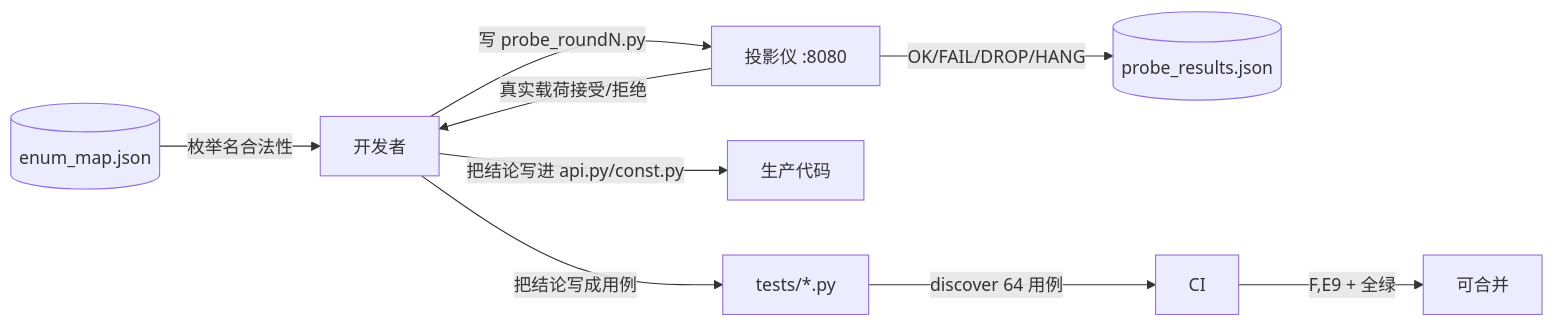
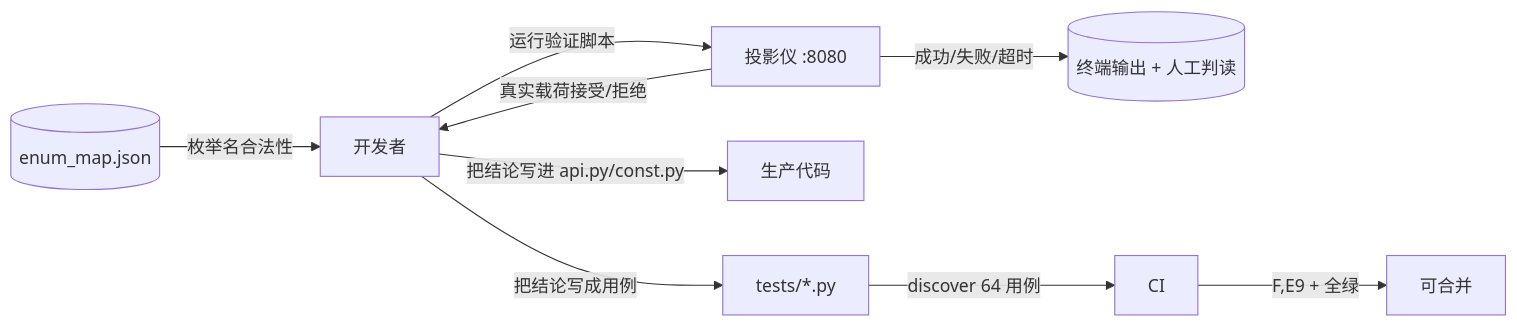
One commit to aixmoyu/ha-epson-ef-projector changed the sixth of 6 diagrams in docs/architecture/subsystems/verification-harness/module_design.md. Above: the diagram before and after it, drawn with Mermaid. The commit also changed other lines of this file and 35 other files, not shown here.

````diff
--- a/docs/architecture/subsystems/verification-harness/module_design.md
+++ b/docs/architecture/subsystems/verification-harness/module_design.md
@@ -242,11 +235,11 @@
 ```mermaid
 flowchart LR
-    DEV["开发者"] -->|"写 probe_roundN.py"| HW["投影仪 :8080"]
-    HW -->|"OK/FAIL/DROP/HANG"| A1[("probe_results.json")]
+    DEV["开发者"] -->|"运行验证脚本"| HW["投影仪 :8080"]
+    HW -->|"成功/失败/超时"| A1[("终端输出 + 人工判读")]
     HW -->|"真实载荷接受/拒绝"| DEV
     DEV -->|"把结论写进 api.py/const.py"| PROD["生产代码"]
     DEV -->|"把结论写成用例"| T["tests/*.py"]
     A2[("enum_map.json")] -->|"枚举名合法性"| DEV
     T -->|"discover 64 用例"| CI["CI"]
     CI -->|"F,E9 + 全绿"| MERGE["可合并"]
 ```
````
